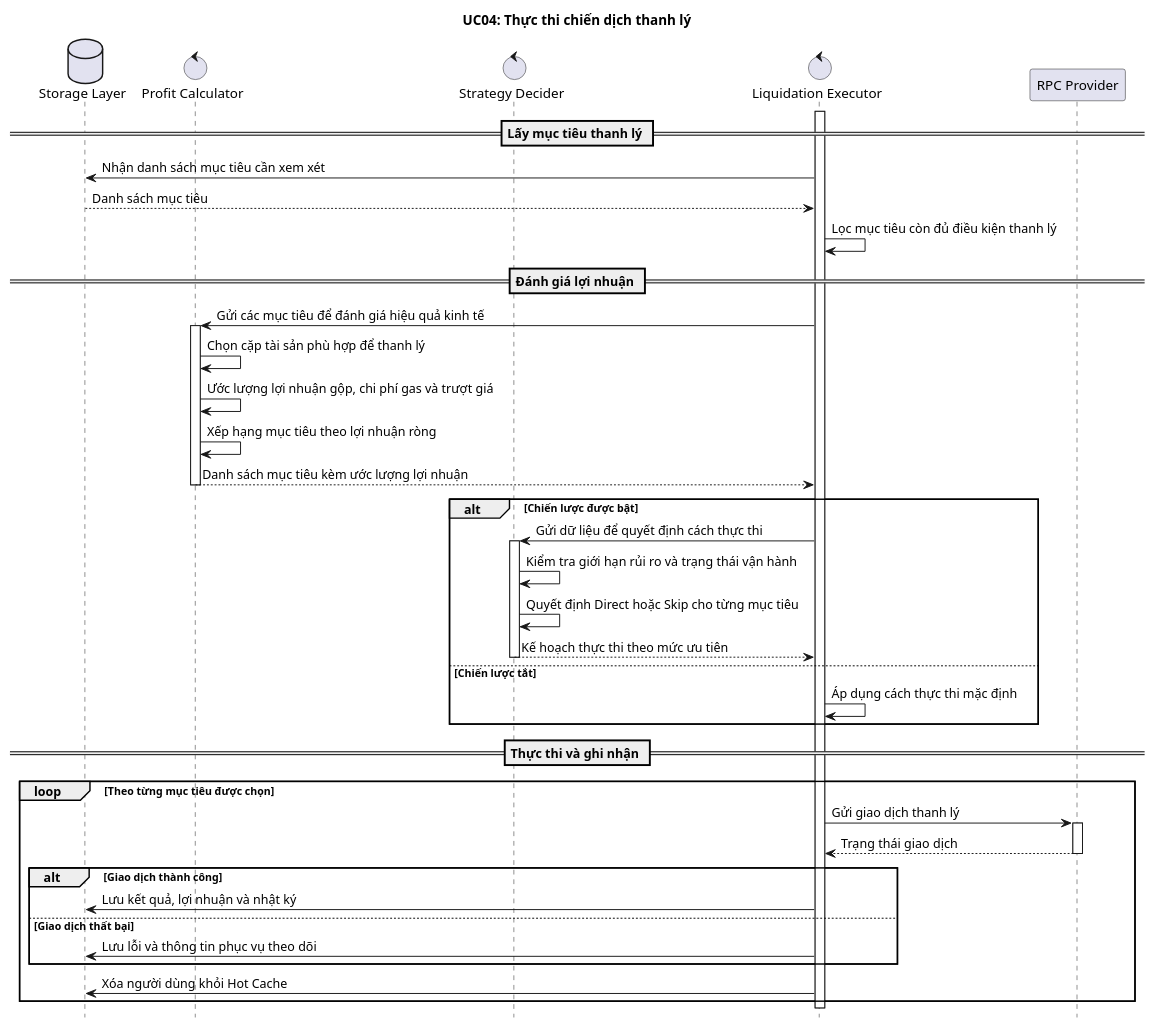
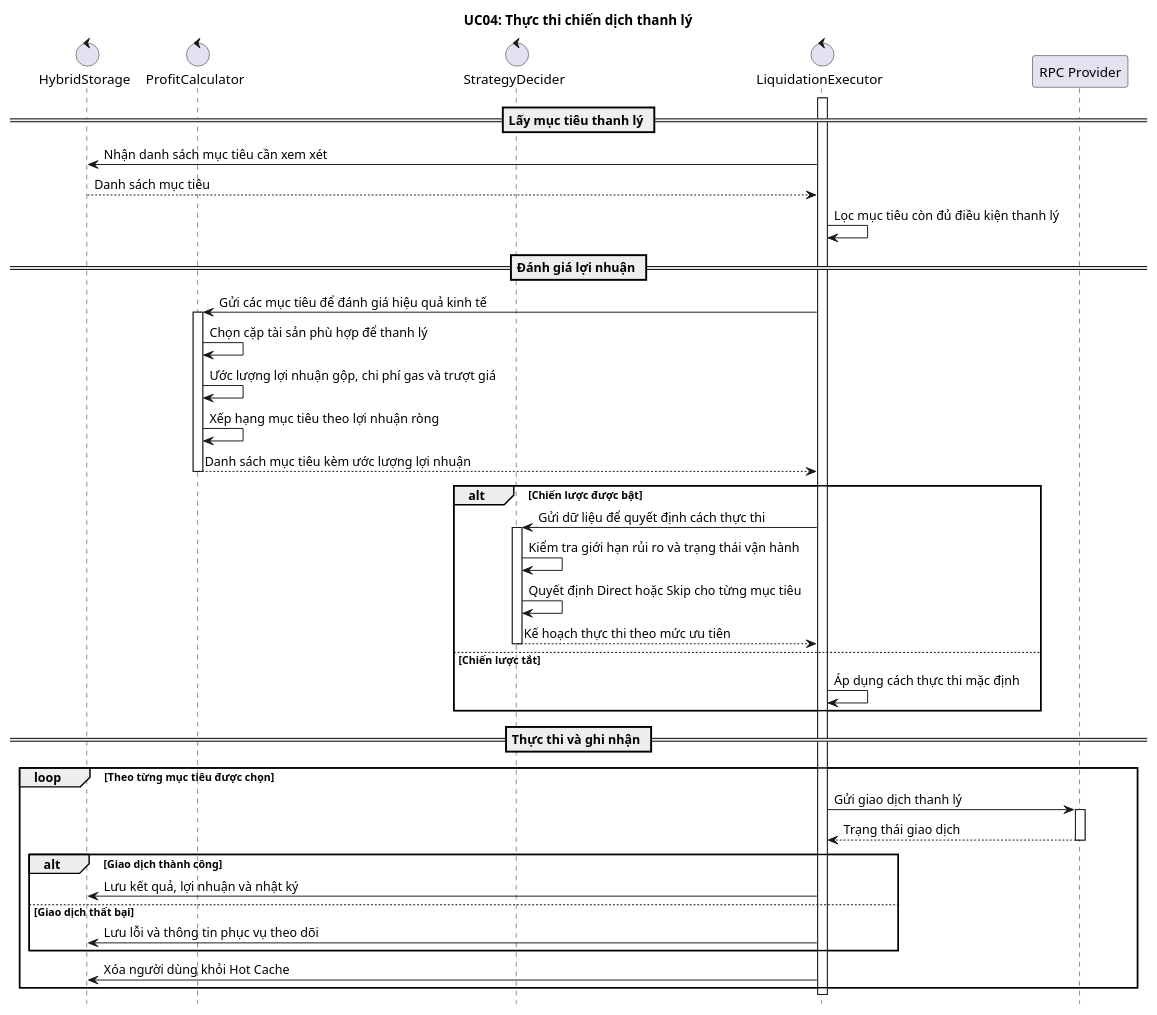
Before and after one commit to dominhquangklhd/liquidator: the diagram in docs/diagrams/seq/e2e_seq_uc04_liquidation_pipeline.puml, drawn with PlantUML. The commit also changed 3 other files, not shown here.

```diff
--- a/docs/diagrams/seq/e2e_seq_uc04_liquidation_pipeline.puml
+++ b/docs/diagrams/seq/e2e_seq_uc04_liquidation_pipeline.puml
@@ -1,54 +1,54 @@
 @startuml
 hide footbox
 title UC04: Thực thi chiến dịch thanh lý
 
-database "Storage Layer" as Storage
-control "Profit Calculator" as Profit
-control "Strategy Decider" as Strategy
-control "Liquidation Executor" as Executor
+control "HybridStorage" as Storage
+control "ProfitCalculator" as Profit
+control "StrategyDecider" as Strategy
+control "LiquidationExecutor" as Executor
 participant "RPC Provider" as RPC
 
 == Lấy mục tiêu thanh lý ==
 activate Executor
 Executor -> Storage: Nhận danh sách mục tiêu cần xem xét
 Storage --> Executor: Danh sách mục tiêu
 Executor -> Executor: Lọc mục tiêu còn đủ điều kiện thanh lý
 
 == Đánh giá lợi nhuận ==
 Executor -> Profit: Gửi các mục tiêu để đánh giá hiệu quả kinh tế
 activate Profit
 Profit -> Profit: Chọn cặp tài sản phù hợp để thanh lý
 Profit -> Profit: Ước lượng lợi nhuận gộp, chi phí gas và trượt giá
 Profit -> Profit: Xếp hạng mục tiêu theo lợi nhuận ròng
 Profit --> Executor: Danh sách mục tiêu kèm ước lượng lợi nhuận
 deactivate Profit
 
 alt Chiến lược được bật
     Executor -> Strategy: Gửi dữ liệu để quyết định cách thực thi
     activate Strategy
     Strategy -> Strategy: Kiểm tra giới hạn rủi ro và trạng thái vận hành
     Strategy -> Strategy: Quyết định Direct hoặc Skip cho từng mục tiêu
     Strategy --> Executor: Kế hoạch thực thi theo mức ưu tiên
     deactivate Strategy
 else Chiến lược tắt
     Executor -> Executor: Áp dụng cách thực thi mặc định
 end
 
 == Thực thi và ghi nhận ==
 loop Theo từng mục tiêu được chọn
     Executor -> RPC: Gửi giao dịch thanh lý
     activate RPC
     RPC --> Executor: Trạng thái giao dịch
     deactivate RPC
 
     alt Giao dịch thành công
         Executor -> Storage: Lưu kết quả, lợi nhuận và nhật ký
     else Giao dịch thất bại
         Executor -> Storage: Lưu lỗi và thông tin phục vụ theo dõi
     end
 
     Executor -> Storage: Xóa người dùng khỏi Hot Cache
 end
 deactivate Executor
 
 @enduml
```
